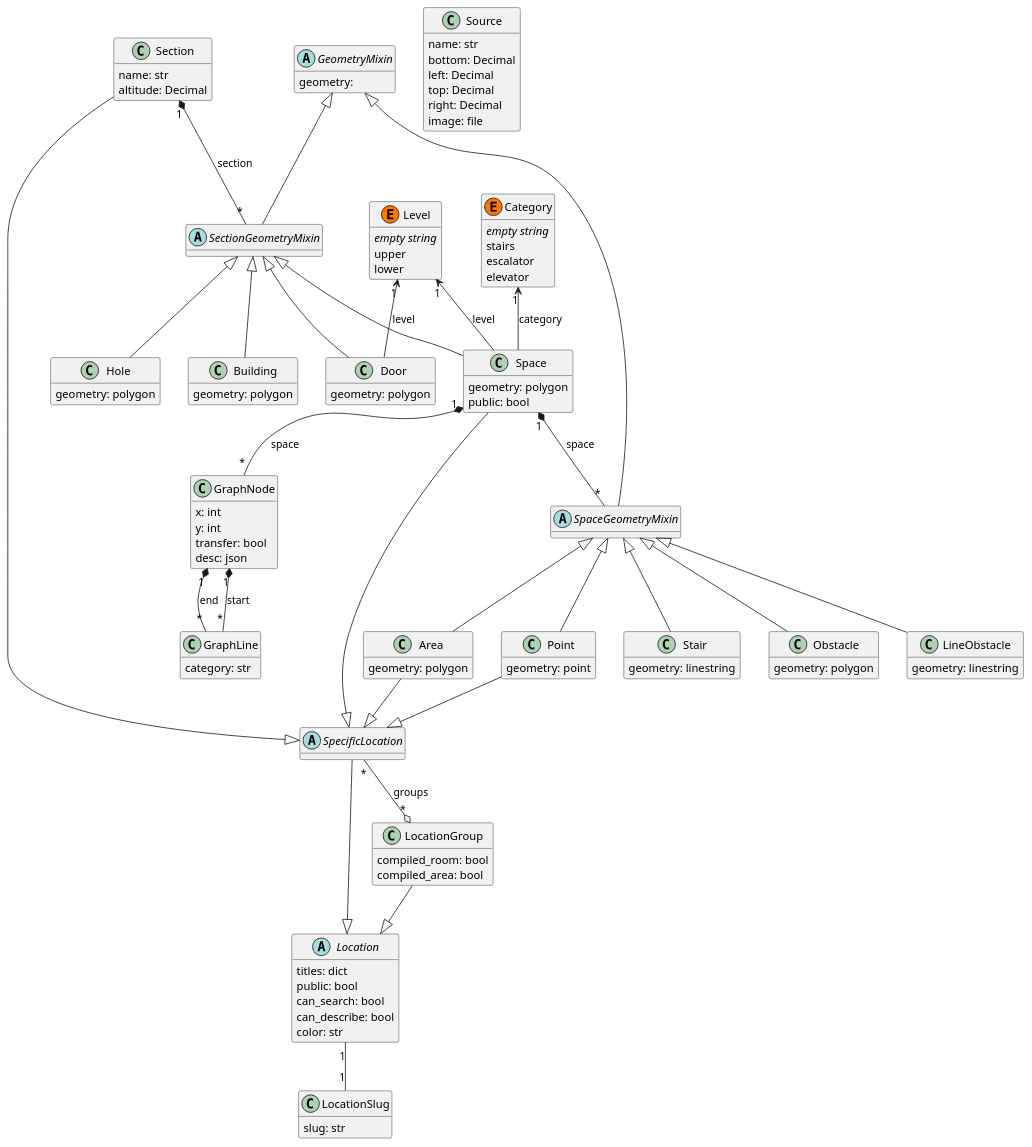
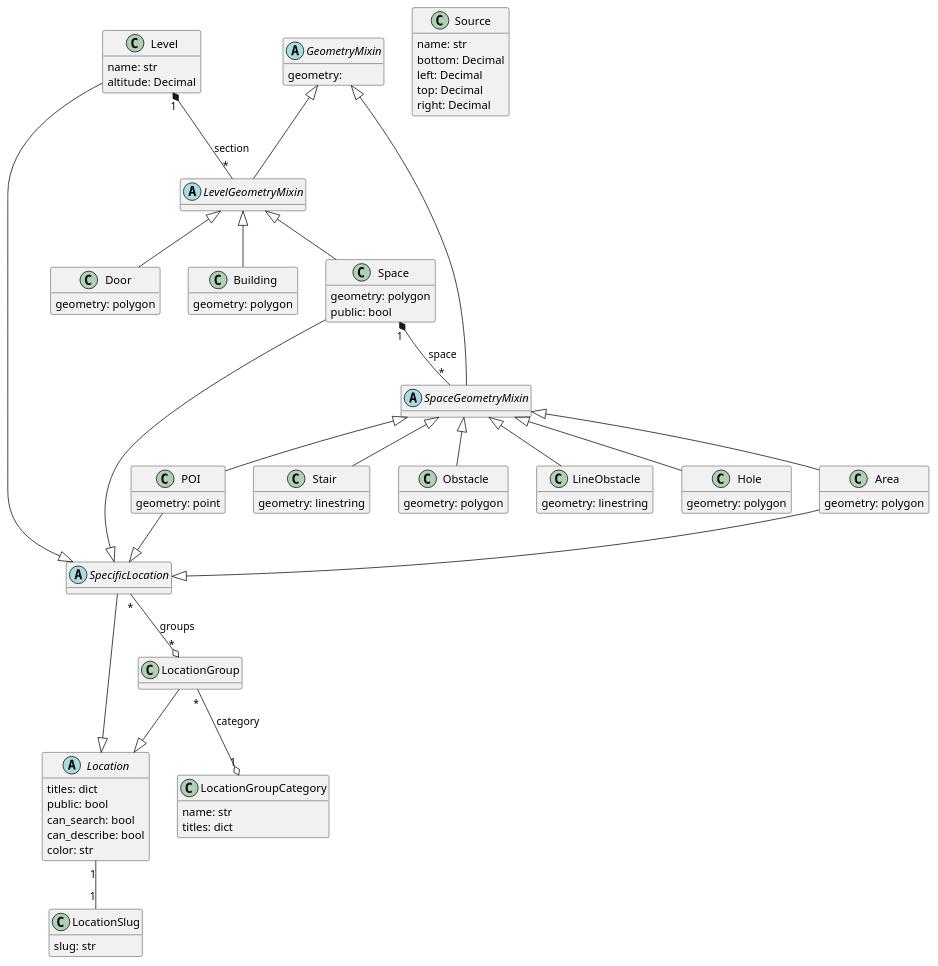
Before and after one commit to c3nav/c3nav: the diagram in doc/c3nav.puml, drawn with PlantUML.

Commit message:
update UML

```diff
--- a/doc/c3nav.puml
+++ b/doc/c3nav.puml
@@ -1,138 +1,112 @@
 @startuml
-class Section {
+class Level {
     name: str
     altitude: Decimal
 }
 
 class Source {
     name: str
     bottom: Decimal
     left: Decimal
     top: Decimal
     right: Decimal
-    image: file
 }
 
 abstract class GeometryMixin {
     geometry:
 }
 
-abstract class SectionGeometryMixin {
+abstract class LevelGeometryMixin {
 }
-GeometryMixin <|-- SectionGeometryMixin
-Section "1" *-- "*" SectionGeometryMixin: section
+GeometryMixin <|-- LevelGeometryMixin
+Level "1" *-- "*" LevelGeometryMixin: section
 
 class Building {
     geometry: polygon
 }
-SectionGeometryMixin <|-- Building
-
-class Category << (E,#FF7700) >> {
-    <i>empty string</i>
-    stairs
-    escalator
-    elevator
-}
-
-class Level << (E,#FF7700) >> {
-    <i>empty string</i>
-    upper
-    lower
-}
+LevelGeometryMixin <|-- Building
 
 class Space {
     geometry: polygon
     public: bool
 }
-SectionGeometryMixin <|-- Space
-Category "1" <-- Space: category
-Level "1" <-- Space: level
+LevelGeometryMixin <|-- Space
 
 class Door {
     geometry: polygon
 }
-SectionGeometryMixin <|-- Door
-Level "1" <-- Door: level
-
-class Hole {
-    geometry: polygon
-}
-SectionGeometryMixin <|-- Hole
+LevelGeometryMixin <|-- Door
 
 abstract class SpaceGeometryMixin {
 }
 GeometryMixin <|-- SpaceGeometryMixin
 Space "1" *-- "*" SpaceGeometryMixin: space
 
+class Hole {
+    geometry: polygon
+}
+SpaceGeometryMixin <|-- Hole
+
 class Area {
     geometry: polygon
 }
 SpaceGeometryMixin <|-- Area
 
-class Point {
+class POI {
     geometry: point
 }
-SpaceGeometryMixin <|-- Point
+SpaceGeometryMixin <|-- POI
 
 class Stair {
     geometry: linestring
 }
 SpaceGeometryMixin <|-- Stair
 
 class Obstacle {
     geometry: polygon
 }
 SpaceGeometryMixin <|-- Obstacle
 
 class LineObstacle {
     geometry: linestring
 }
 SpaceGeometryMixin <|-- LineObstacle
 
 abstract class Location {
     titles: dict
     public: bool
     can_search: bool
     can_describe: bool
     color: str
 }
 
 abstract class SpecificLocation {
 
 }
 SpecificLocation --|> Location
-Section --|> SpecificLocation
+Level --|> SpecificLocation
 Space --|> SpecificLocation
 Area --|> SpecificLocation
-Point --|> SpecificLocation
+POI --|> SpecificLocation
+
+class LocationGroupCategory {
+    name: str
+    titles: dict
+}
 
 class LocationGroup {
-    compiled_room: bool
-    compiled_area: bool
+
 }
 LocationGroup --|> Location
 SpecificLocation "*" --o "*" LocationGroup: groups
+LocationGroup "*" --o "1" LocationGroupCategory: category
 
 class LocationSlug {
     slug: str
 }
 
 Location "1" -- "1" LocationSlug
 
-class GraphNode {
-    x: int
-    y: int
-    transfer: bool
-    desc: json
-}
-Space "1" *-- "*" GraphNode: space
-
-class GraphLine {
-    category: str
-}
-GraphNode "1" *-- "*" GraphLine: start
-GraphNode "1" *-- "*" GraphLine: end
-
 hide methods
 
 @enduml
```
